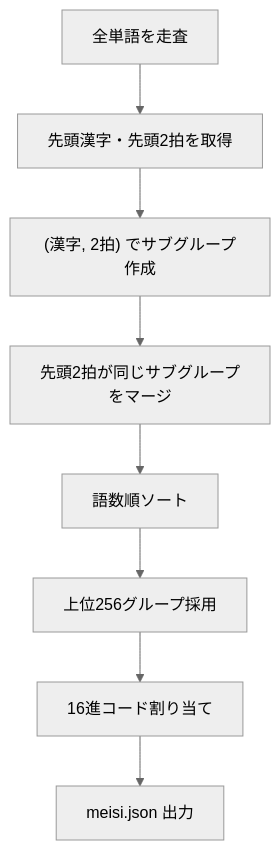
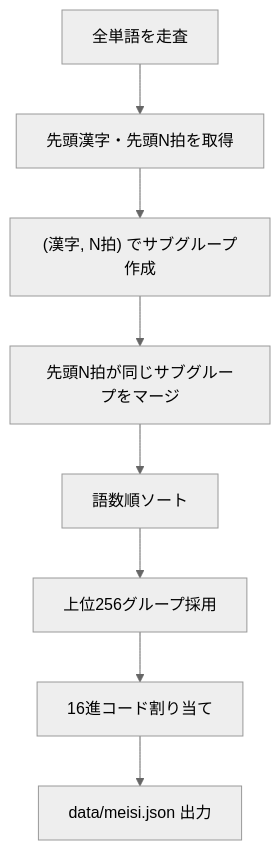
One commit to amanoese/yukichant changed the sixth of 11 diagrams in docs/dictionary-generation.md. Above: the diagram before and after it, drawn with Mermaid (neutral theme). The commit also changed other lines of this file and 9 other files, not shown here.

````diff
--- a/docs/dictionary-generation.md
+++ b/docs/dictionary-generation.md
@@ -273,10 +273,10 @@
 ```mermaid
 flowchart TD
-    A[全単語を走査] --> B[先頭漢字・先頭2拍を取得]
-    B --> C["(漢字, 2拍) でサブグループ作成"]
-    C --> D[先頭2拍が同じサブグループをマージ]
+    A[全単語を走査] --> B[先頭漢字・先頭N拍を取得]
+    B --> C["(漢字, N拍) でサブグループ作成"]
+    C --> D[先頭N拍が同じサブグループをマージ]
     D --> E[語数順ソート]
     E --> F[上位256グループ採用]
     F --> G[16進コード割り当て]
-    G --> H[meisi.json 出力]
+    G --> H[data/meisi.json 出力]
 ```
````
